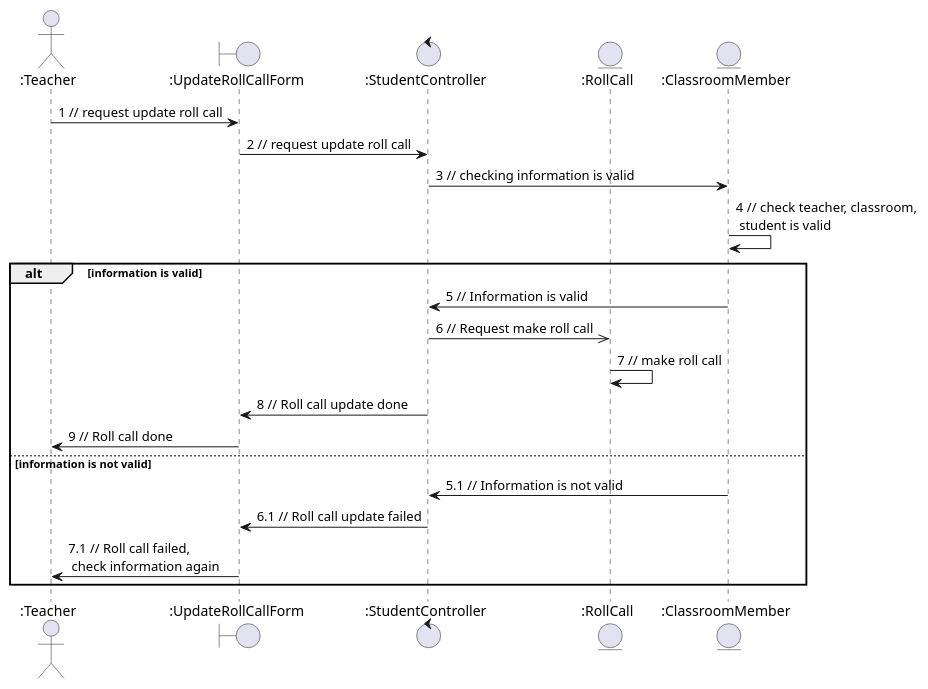
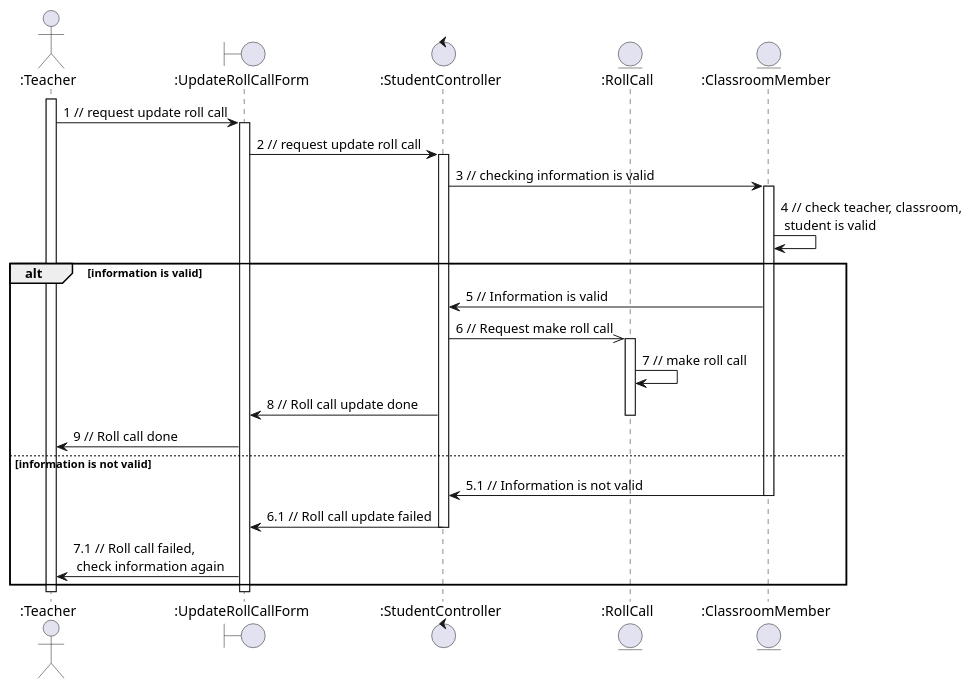
The diagram in sequence - analaysis/rollcall/updateRollCall.plantuml (anonyhostvn/OOAD-Diagram), drawn with PlantUML before and after one commit. The commit also changed 1 other file, not shown here.

```diff
--- a/sequence - analaysis/rollcall/updateRollCall.plantuml
+++ b/sequence - analaysis/rollcall/updateRollCall.plantuml
@@ -1,26 +1,39 @@
 @startuml updateRollCall
 
 actor ":Teacher"
 boundary ":UpdateRollCallForm"
 control ":StudentController"
 entity ":RollCall"
 entity ":ClassroomMember"
 
+activate ":Teacher"
+
 ":Teacher" -> ":UpdateRollCallForm": 1 // request update roll call
+activate ":UpdateRollCallForm"
 ":UpdateRollCallForm" -> ":StudentController": 2 // request update roll call
+activate ":StudentController"
 ":StudentController" -> ":ClassroomMember": 3 // checking information is valid
+activate ":ClassroomMember"
 ":ClassroomMember" -> ":ClassroomMember": 4 // check teacher, classroom, \n student is valid
 alt information is valid
     ":ClassroomMember" -> ":StudentController": 5 // Information is valid
     ":StudentController" ->> ":RollCall": 6 // Request make roll call
+    activate ":RollCall"
     ":RollCall" -> ":RollCall": 7 // make roll call
     ":StudentController" -> ":UpdateRollCallForm": 8 // Roll call update done
+    deactivate ":RollCall"
     ":UpdateRollCallForm" -> ":Teacher": 9 // Roll call done
 else information is not valid
     ":ClassroomMember" -> ":StudentController": 5.1 // Information is not valid
+    deactivate ":ClassroomMember"
     ":StudentController" -> ":UpdateRollCallForm": 6.1 // Roll call update failed
+    deactivate ":StudentController"
     ":UpdateRollCallForm" -> ":Teacher": 7.1 // Roll call failed,\n check information again
 end
 
+deactivate ":UpdateRollCallForm"
+deactivate ":Teacher"
+
+
 
 @enduml
```
